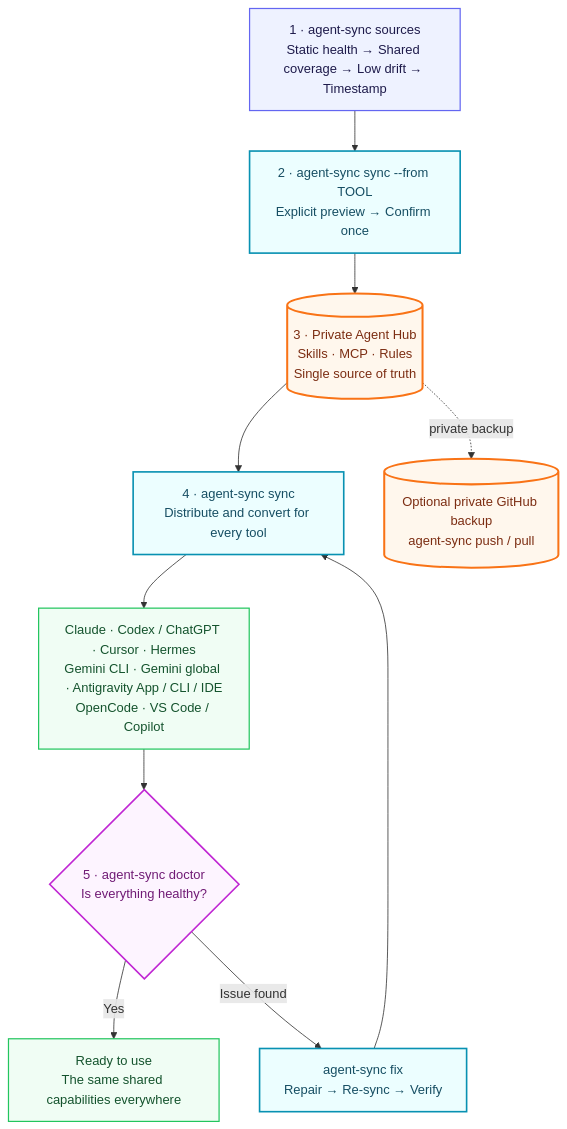
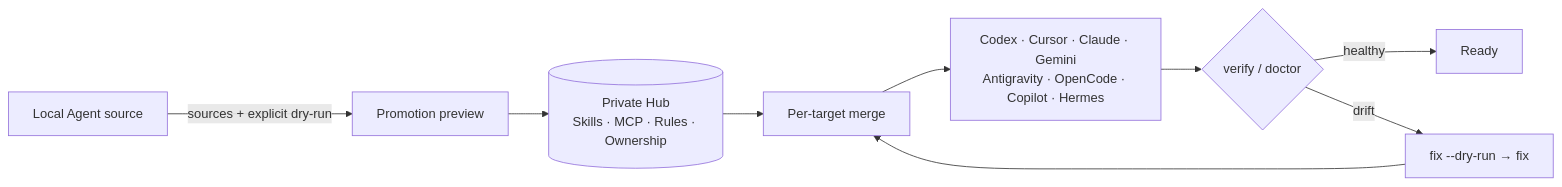
Before and after one commit to LittlePeter52012/agent-sync: the diagram in README.md, drawn with Mermaid. The commit also changed other lines of this file and 2 other files, not shown here.

Commit message:
docs: redesign bilingual agent-sync homepage

````diff
--- a/README.md
+++ b/README.md
@@ -65,30 +97,11 @@
 ```mermaid
-flowchart TB
-    SOURCE["1 · agent-sync sources<br/>Static health → Shared coverage → Low drift → Timestamp"]
-    PROMOTE["2 · agent-sync sync --from TOOL<br/>Explicit preview → Confirm once"]
-    HUB[("3 · Private Agent Hub<br/>Skills · MCP · Rules<br/>Single source of truth")]
-    SYNC["4 · agent-sync sync<br/>Distribute and convert for every tool"]
-    TARGETS["Claude · Codex / ChatGPT · Cursor · Hermes<br/>Gemini CLI · Gemini global · Antigravity App / CLI / IDE<br/>OpenCode · VS Code / Copilot"]
-    CHECK{"5 · agent-sync doctor<br/>Is everything healthy?"}
-    READY["Ready to use<br/>The same shared capabilities everywhere"]
-    FIX["agent-sync fix<br/>Repair → Re-sync → Verify"]
-    GH[("Optional private GitHub backup<br/>agent-sync push / pull")]
-
-    SOURCE --> PROMOTE --> HUB --> SYNC --> TARGETS --> CHECK
-    CHECK -->|"Yes"| READY
-    CHECK -->|"Issue found"| FIX
-    FIX --> SYNC
-    HUB -. "private backup" .-> GH
-
-    classDef source fill:#eef2ff,stroke:#6366f1,color:#1e1b4b,stroke-width:1.5px;
-    classDef action fill:#ecfeff,stroke:#0891b2,color:#164e63,stroke-width:2px;
-    classDef hub fill:#fff7ed,stroke:#f97316,color:#7c2d12,stroke-width:2.5px;
-    classDef target fill:#f0fdf4,stroke:#22c55e,color:#14532d,stroke-width:1.5px;
-    classDef check fill:#fdf4ff,stroke:#c026d3,color:#701a75,stroke-width:2px;
-
-    class SOURCE source;
-    class PROMOTE,SYNC,FIX action;
-    class HUB,GH hub;
-    class TARGETS,READY target;
-    class CHECK check;
+flowchart LR
+    S["Local Agent source"] -->|"sources + explicit dry-run"| P["Promotion preview"]
+    P --> H[("Private Hub<br/>Skills · MCP · Rules · Ownership")]
+    H --> M["Per-target merge"]
+    M --> A["Codex · Cursor · Claude · Gemini<br/>Antigravity · OpenCode · Copilot · Hermes"]
+    A --> V{"verify / doctor"}
+    V -->|"healthy"| R["Ready"]
+    V -->|"drift"| F["fix --dry-run → fix"]
+    F --> M
 ```
````
